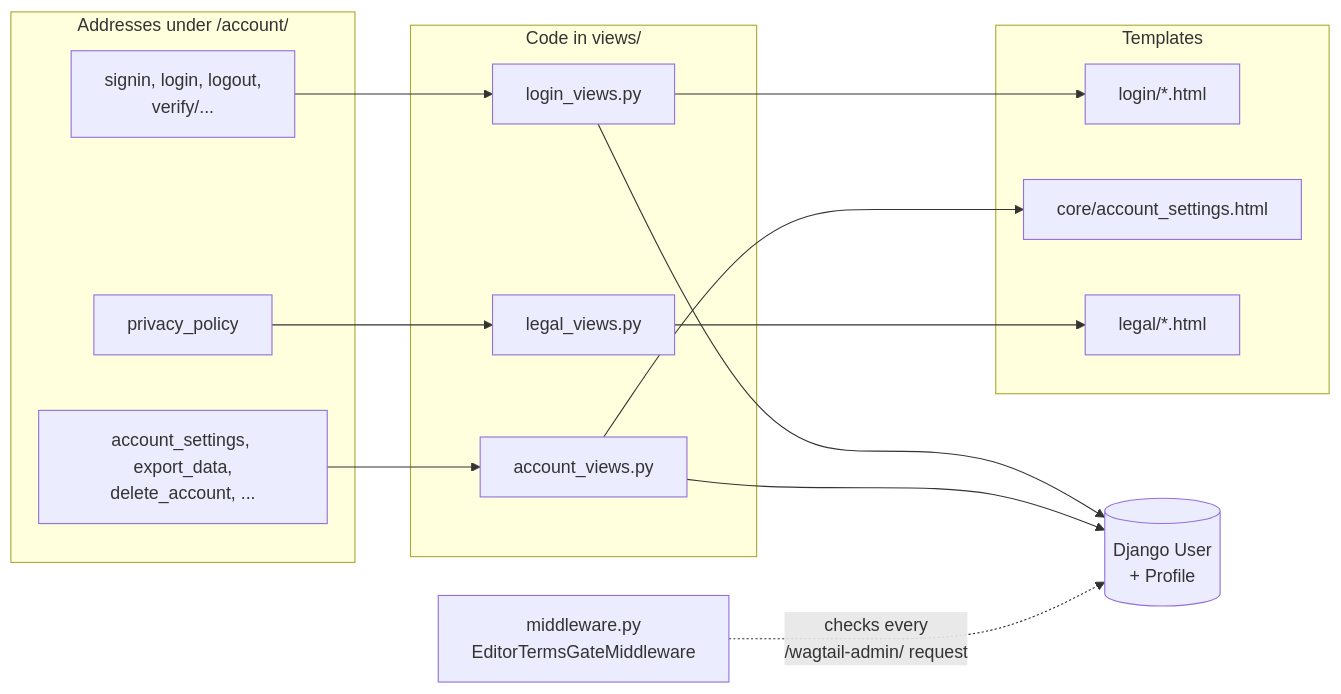
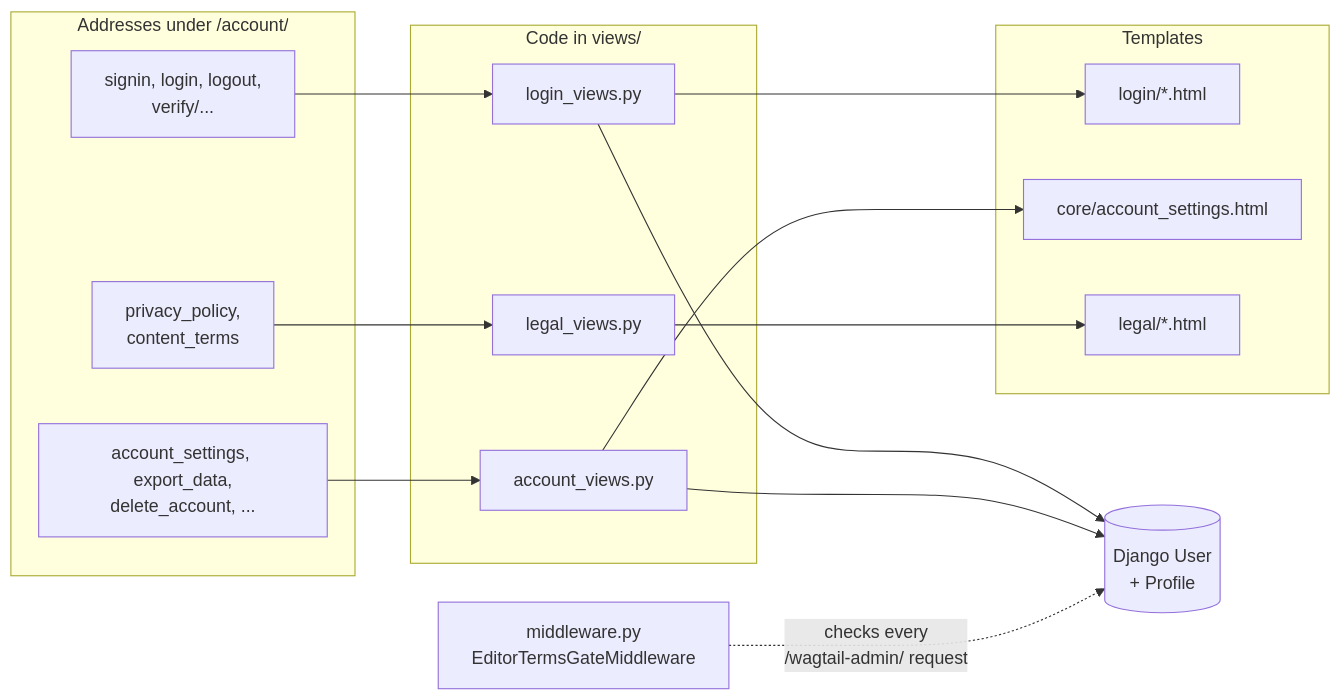
The third of 6 diagrams in docs/architecture/overview.md (Creators-Guild/IfiPlatform), drawn with Mermaid before and after one commit. The commit also changed 9 other files, not shown here.

First line of the commit message:
Privacy policy: separate content terms page, Umami, research totals

````diff
--- a/docs/architecture/overview.md
+++ b/docs/architecture/overview.md
@@ -162,24 +162,24 @@
 ```mermaid
 flowchart LR
     subgraph addr["Addresses under /account/"]
         a1["signin, login, logout,<br/>verify/..."]
         a2["account_settings, export_data,<br/>delete_account, ..."]
-        a3["privacy_policy"]
+        a3["privacy_policy,<br/>content_terms"]
     end
     subgraph code["Code in views/"]
         v1["login_views.py"]
         v2["account_views.py"]
         v3["legal_views.py"]
     end
     subgraph tpl["Templates"]
         t1["login/*.html"]
         t2["core/account_settings.html"]
         t3["legal/*.html"]
     end
     a1 --> v1 --> t1
     a2 --> v2 --> t2
     a3 --> v3 --> t3
     v1 --> m[("Django User<br/>+ Profile")]
     v2 --> m
     mw["middleware.py<br/>EditorTermsGateMiddleware"] -. "checks every<br/>/wagtail-admin/ request" .-> m
 ```
````
